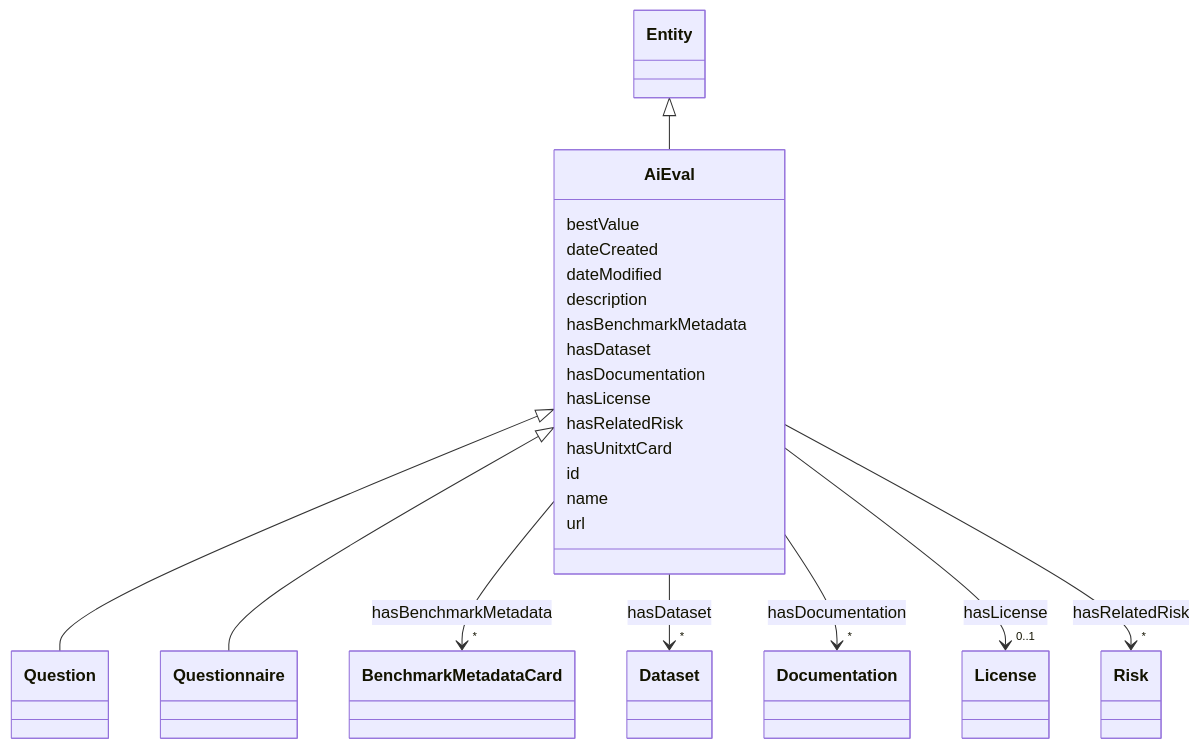
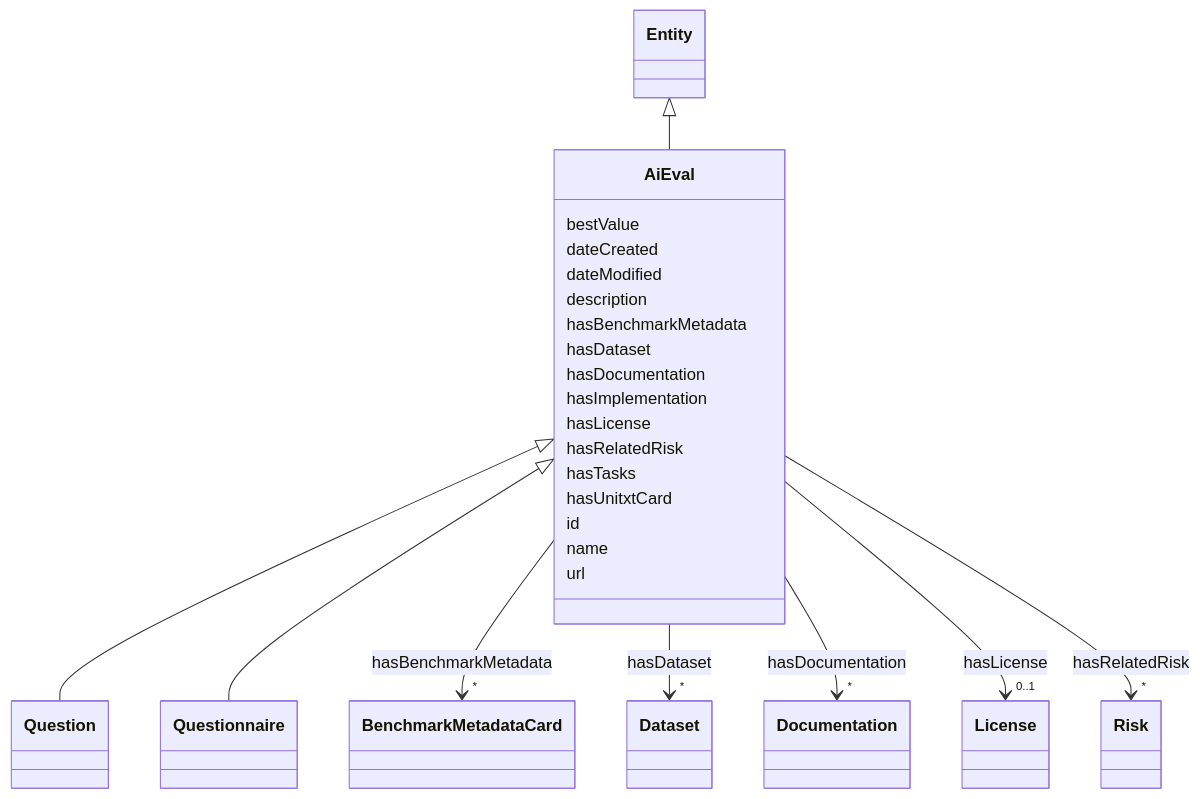
Before and after one commit to ingelise/risk-atlas-nexus: the diagram in docs/ontology/AiEval.md, drawn with Mermaid. The commit also changed other lines of this file and 57 other files, not shown here.

````diff
--- a/docs/ontology/AiEval.md
+++ b/docs/ontology/AiEval.md
@@ -19,77 +19,81 @@
 ```mermaid
  classDiagram
     class AiEval
     click AiEval href "../AiEval"
       Entity <|-- AiEval
         click Entity href "../Entity"
       
 
       AiEval <|-- Question
         click Question href "../Question"
       AiEval <|-- Questionnaire
         click Questionnaire href "../Questionnaire"
       
       
       AiEval : bestValue
         
       AiEval : dateCreated
         
       AiEval : dateModified
         
       AiEval : description
         
       AiEval : hasBenchmarkMetadata
         
           
     
     
     AiEval --> "*" BenchmarkMetadataCard : hasBenchmarkMetadata
     click BenchmarkMetadataCard href "../BenchmarkMetadataCard"
 
         
       AiEval : hasDataset
         
           
     
     
     AiEval --> "*" Dataset : hasDataset
     click Dataset href "../Dataset"
 
         
       AiEval : hasDocumentation
         
           
     
     
     AiEval --> "*" Documentation : hasDocumentation
     click Documentation href "../Documentation"
 
         
+      AiEval : hasImplementation
+        
       AiEval : hasLicense
         
           
     
     
     AiEval --> "0..1" License : hasLicense
     click License href "../License"
 
         
       AiEval : hasRelatedRisk
         
           
     
     
     AiEval --> "*" Risk : hasRelatedRisk
     click Risk href "../Risk"
 
         
+      AiEval : hasTasks
+        
       AiEval : hasUnitxtCard
         
       AiEval : id
         
       AiEval : name
         
       AiEval : url
         
       
 ```
````
